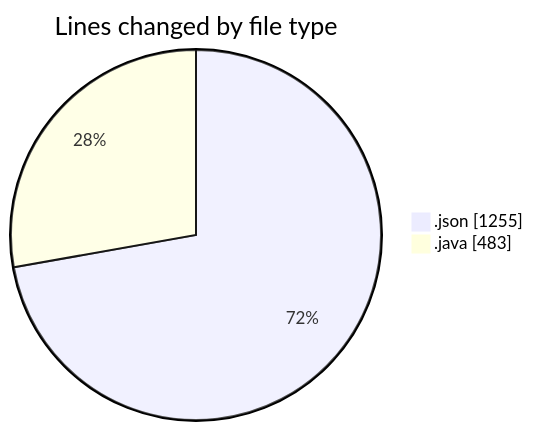
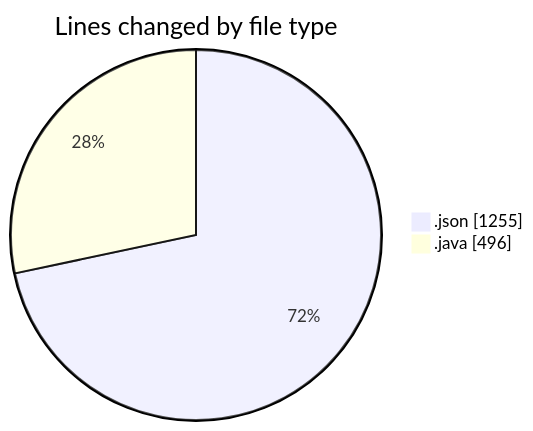
Before and after one commit to ricardozamudiocil/code-tracking: the first of 2 diagrams in 2026-07-09/cilapp/README.md, drawn with Mermaid. The commit also changed other lines of this file and 1 other file, not shown here.

````diff
--- a/2026-07-09/cilapp/README.md
+++ b/2026-07-09/cilapp/README.md
@@ -21,6 +23,6 @@
 ```mermaid
 pie showData
 title Lines changed by file type
 ".json" : 1255
-".java" : 483
+".java" : 496
 ```
````
